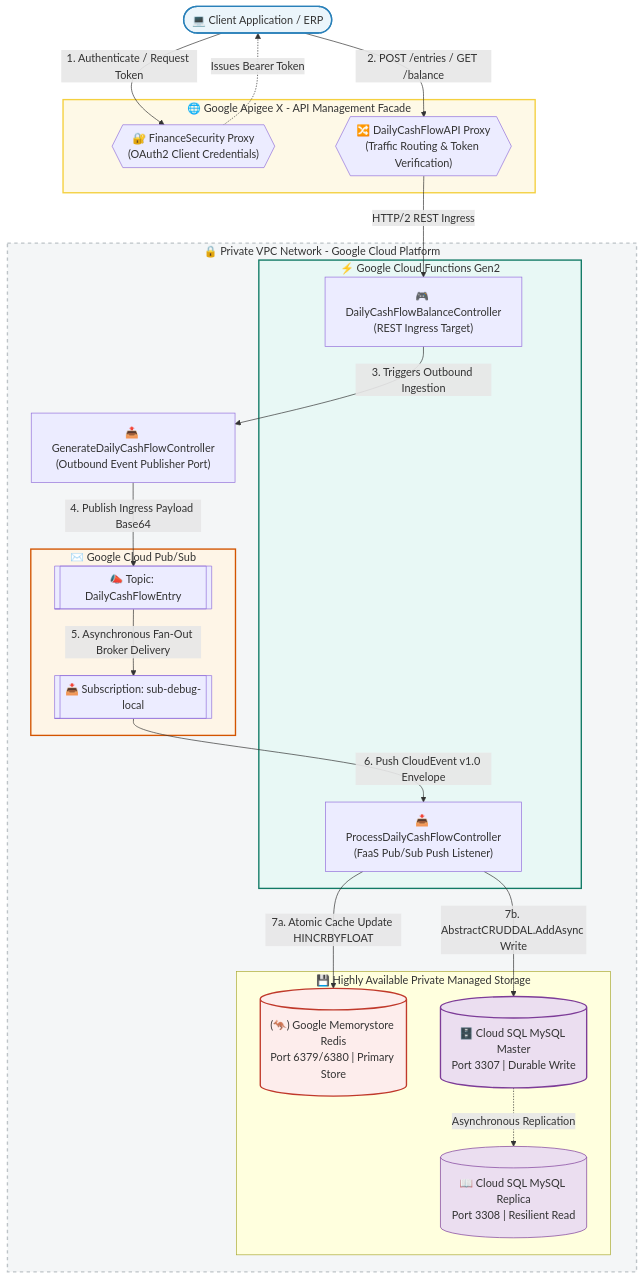
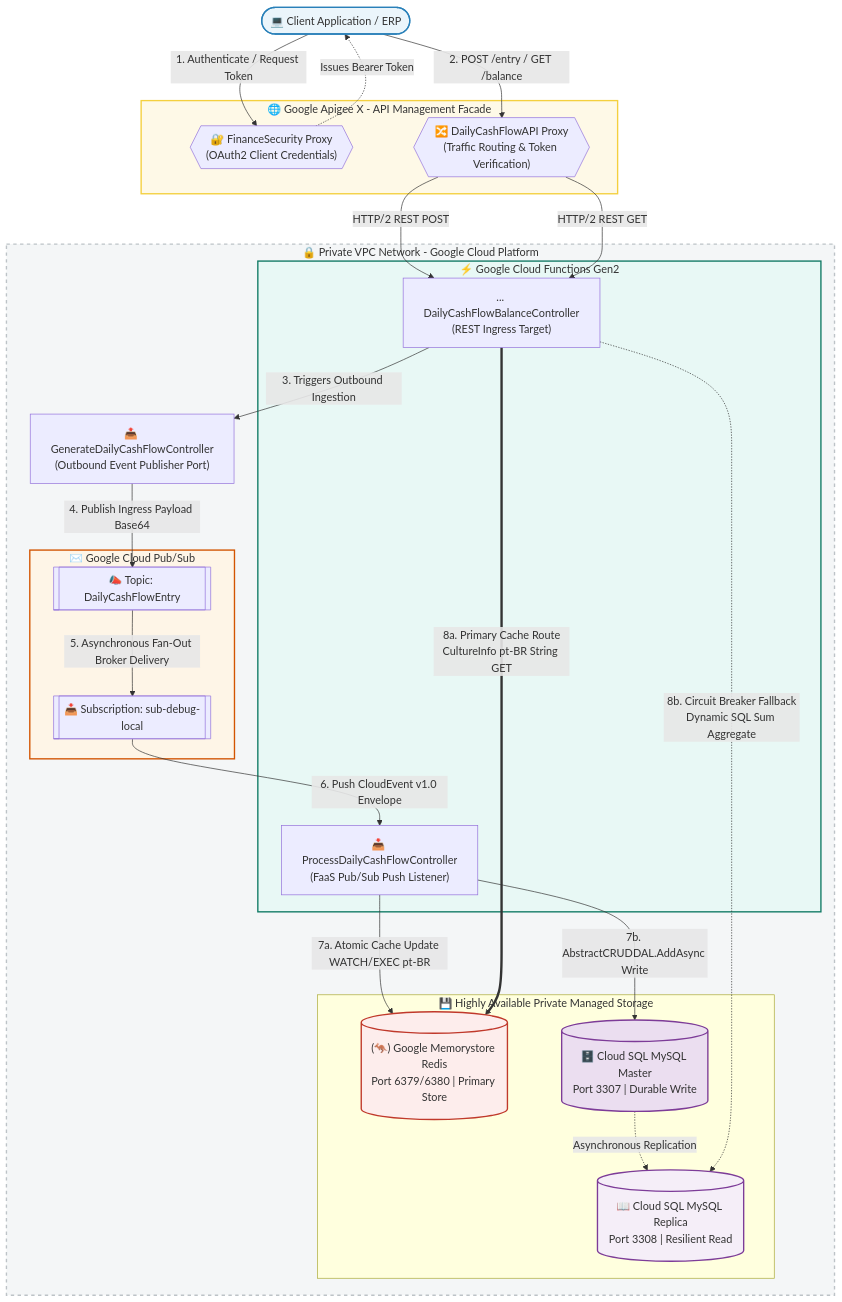
The third of 4 diagrams in README.md (wellamaral2007/DailyCashFlowAPI), drawn with Mermaid before and after one commit. The commit also changed other lines of this file and 21 other files, not shown here.

````diff
--- a/README.md
+++ b/README.md
@@ -291,60 +340,75 @@
 ```mermaid
 graph TB
     %% Nodes Definition with GCP Tech Icon Emulators
     Client([💻 Client Application / ERP])
     
     subgraph Apigee_Layer [🌐 Google Apigee X - API Management Facade]
         Apigee_Sec{{"🔐 FinanceSecurity Proxy<br/>(OAuth2 Client Credentials)"}}
         Apigee_API{{"🔀 DailyCashFlowAPI Proxy<br/>(Traffic Routing & Token Verification)"}}
     end
 
     subgraph VPC_Mesh [🔒 Private VPC Network - Google Cloud Platform]
         subgraph FaaS_Pool [⚡ Google Cloud Functions Gen2]
-            HTTP_Controller["🎮 DailyCashFlowBalanceController<br/>(REST Ingress Target)"]
+            HTTP_Controller["... DailyCashFlowBalanceController<br/>(REST Ingress Target)"]
             EDA_Controller["📥 ProcessDailyCashFlowController<br/>(FaaS Pub/Sub Push Listener)"]
         end
 
         subgraph Broker_Layer [✉️ Google Cloud Pub/Sub]
             PubSub_Topic[["📣 Topic: DailyCashFlowEntry"]]
             PubSub_Sub[["📥 Subscription: sub-debug-local"]]
         end
 
         subgraph Storage_Layer [💾 Highly Available Private Managed Storage]
             Redis_Cache[("(🦘) Google Memorystore Redis<br/>Port 6379/6380 | Primary Store")]
             MySQL_Master[("🗄️ Cloud SQL MySQL Master<br/>Port 3307 | Durable Write")]
             MySQL_Replica[("📖 Cloud SQL MySQL Replica<br/>Port 3308 | Resilient Read")]
         end
         
         %% Outbound Publisher Boundary
         Generate_Ctrl["📤 GenerateDailyCashFlowController<br/>(Outbound Event Publisher Port)"]
     end
 
-    %% Sockets & Channels Wire
+    %% ============================================================================
+    %% 🚀 1. INGRESS & SECURE HANDSHAKE FLOW
+    %% ============================================================================
     Client -->|1. Authenticate / Request Token| Apigee_Sec
     Apigee_Sec -.->|Issues Bearer Token| Client
-    Client -->|2. POST /entries / GET /balance| Apigee_API
+    Client -->|2. POST /entry / GET /balance| Apigee_API
     
-    %% Ingress Inbound Routing
-    Apigee_API -->|HTTP/2 REST Ingress| HTTP_Controller
+    %% ============================================================================
+    %% ✍️ 2. CQRS WRITE PATH & SAGA CHOREOGRAPHY (POST)
+    %% ============================================================================
+    Apigee_API -->|HTTP/2 REST POST| HTTP_Controller
     HTTP_Controller -->|3. Triggers Outbound Ingestion| Generate_Ctrl
     Generate_Ctrl -->|4. Publish Ingress Payload Base64| PubSub_Topic
     
-    %% Asynchronous Loop & SAGA Coreography
     PubSub_Topic -->|5. Asynchronous Fan-Out Broker Delivery| PubSub_Sub
     PubSub_Sub -->|6. Push CloudEvent v1.0 Envelope| EDA_Controller
     
-    %% CQRS Dual-Write Persistence Mesh
-    EDA_Controller -->|7a. Atomic Cache Update HINCRBYFLOAT| Redis_Cache
+    EDA_Controller -->|7a. Atomic Cache Update WATCH/EXEC pt-BR| Redis_Cache
     EDA_Controller -->|7b. AbstractCRUDDAL.AddAsync Write| MySQL_Master
     MySQL_Master -.->|Asynchronous Replication| MySQL_Replica
 
-    %% Styling Theme Configurations
+    %% ============================================================================
+    %% 📖 3. CQRS READ PATH & CIRCUIT BREAKER FLOW (GET)
+    %% ============================================================================
+    Apigee_API -->|HTTP/2 REST GET| HTTP_Controller
+    
+    %% Primary Read Target tries the Redis Cache-Aside Engine [1.1]
+    HTTP_Controller ==> |8a. Primary Cache Route<br/>CultureInfo pt-BR String GET| Redis_Cache
+    
+    %% Resilient Fallback triggered by Circuit Breaker if Redis fails [11.12]
+    HTTP_Controller -.-> |8b. Circuit Breaker Fallback<br/>Dynamic SQL Sum Aggregate| MySQL_Replica
+
+    %% ============================================================================
+    %% 🎨 STYLING THEME CONFIGURATIONS
+    %% ============================================================================
     style Client fill:#EBF5FB,stroke:#2980B9,stroke-width:2px;
     style Apigee_Layer fill:#FEF9E7,stroke:#F4D03F,stroke-width:2px;
     style VPC_Mesh fill:#F4F6F7,stroke:#BDC3C7,stroke-width:2px,stroke-dasharray: 5 5;
     style FaaS_Pool fill:#E8F8F5,stroke:#117A65,stroke-width:2px;
     style Broker_Layer fill:#FEF5E7,stroke:#D35400,stroke-width:2px;
     style Redis_Cache fill:#FDEDEC,stroke:#C0392B,stroke-width:2px;
     style MySQL_Master fill:#EBDEF0,stroke:#7D3C98,stroke-width:2px;
-    style MySQL_Replica fill:#EBDEF0,stroke:#7D3C98,stroke-width:1px;
+    style MySQL_Replica fill:#F5EEF8,stroke:#7D3C98,stroke-width:2px;
 ```
````
